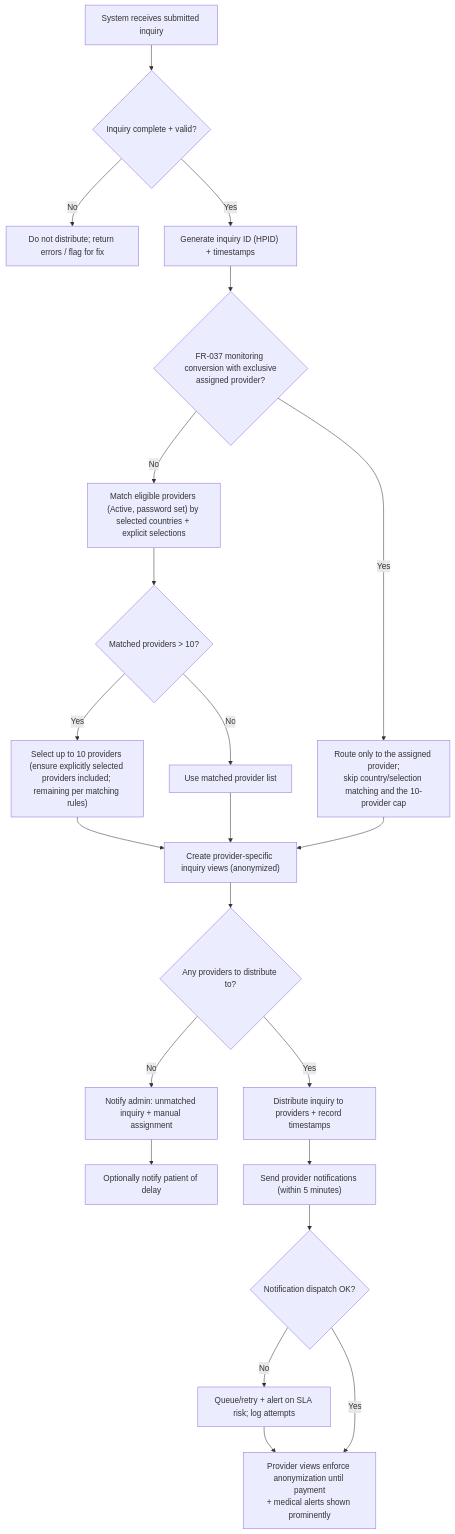
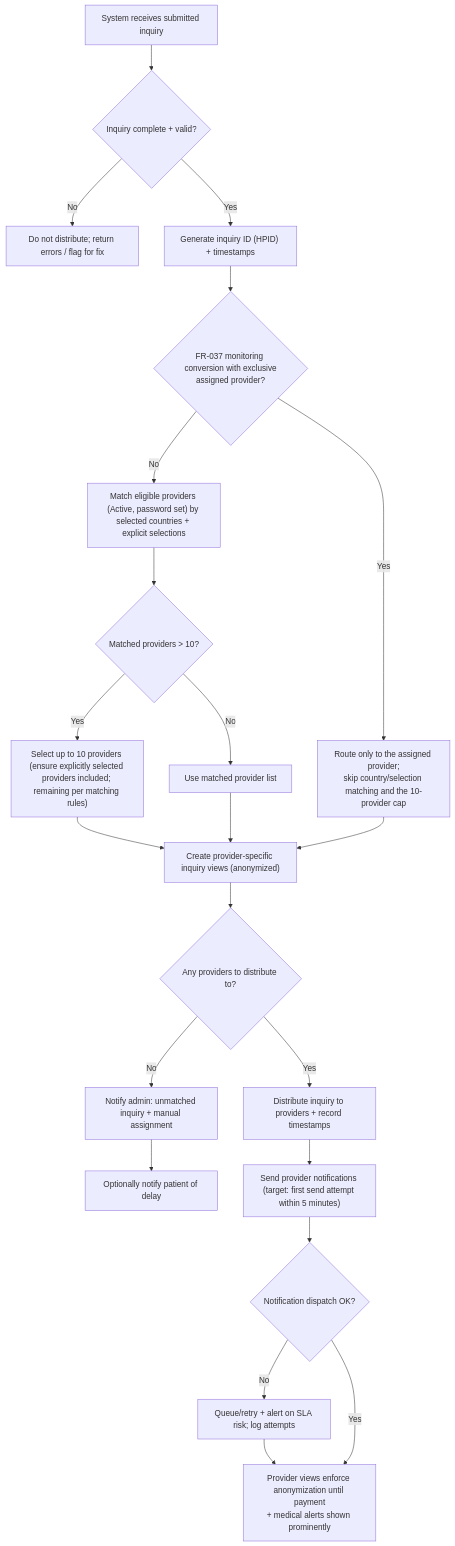
One commit to joachimtrungtuan/hairline-pm-docs changed the sixth of 15 diagrams in project-requirements/functional-requirements/fr003-inquiry-submission/prd.md. Above: the diagram before and after it, drawn with Mermaid. The commit also changed other lines of this file and 5 other files, not shown here.

Commit message:
docs(fr001,fr002,fr003): settle cross-FR neighbour rows in PRDs and graph

````diff
--- a/project-requirements/functional-requirements/fr003-inquiry-submission/prd.md
+++ b/project-requirements/functional-requirements/fr003-inquiry-submission/prd.md
@@ -191,28 +191,28 @@
 ```mermaid
 flowchart TD
     Start["System receives submitted inquiry"] --> Validate{"Inquiry complete + valid?"}
 
     Validate -->|No| Invalid["Do not distribute; return errors / flag for fix"]
     Validate -->|Yes| Identify["Generate inquiry ID (HPID) + timestamps"]
 
     Identify --> Exclusive{"FR-037 monitoring conversion with exclusive<br/>assigned provider?"}
     Exclusive -->|Yes| ExclusiveRoute["Route only to the assigned provider;<br/>skip country/selection matching and the 10-provider cap"]
     Exclusive -->|No| Match["Match eligible providers (Active, password set) by selected countries + explicit selections"]
     Match --> Cap{"Matched providers &gt; 10?"}
     Cap -->|Yes| Select10["Select up to 10 providers (ensure explicitly selected providers included; remaining per matching rules)"]
     Cap -->|No| Matched["Use matched provider list"]
 
     Select10 --> Views["Create provider-specific inquiry views (anonymized)"]
     Matched --> Views
     ExclusiveRoute --> Views
 
     Views --> Found{"Any providers to distribute to?"}
     Found -->|No| Manual["Notify admin: unmatched inquiry + manual assignment"]
     Manual --> Delay["Optionally notify patient of delay"]
 
     Found -->|Yes| Distribute["Distribute inquiry to providers + record timestamps"]
-    Distribute --> Notify["Send provider notifications (within 5 minutes)"]
+    Distribute --> Notify["Send provider notifications (target: first send attempt within 5 minutes)"]
     Notify --> NotifyOk{"Notification dispatch OK?"}
     NotifyOk -->|No| Retry["Queue/retry + alert on SLA risk; log attempts"] --> Access
     NotifyOk -->|Yes| Access["Provider views enforce anonymization until payment<br/>+ medical alerts shown prominently"]
 ```
````
